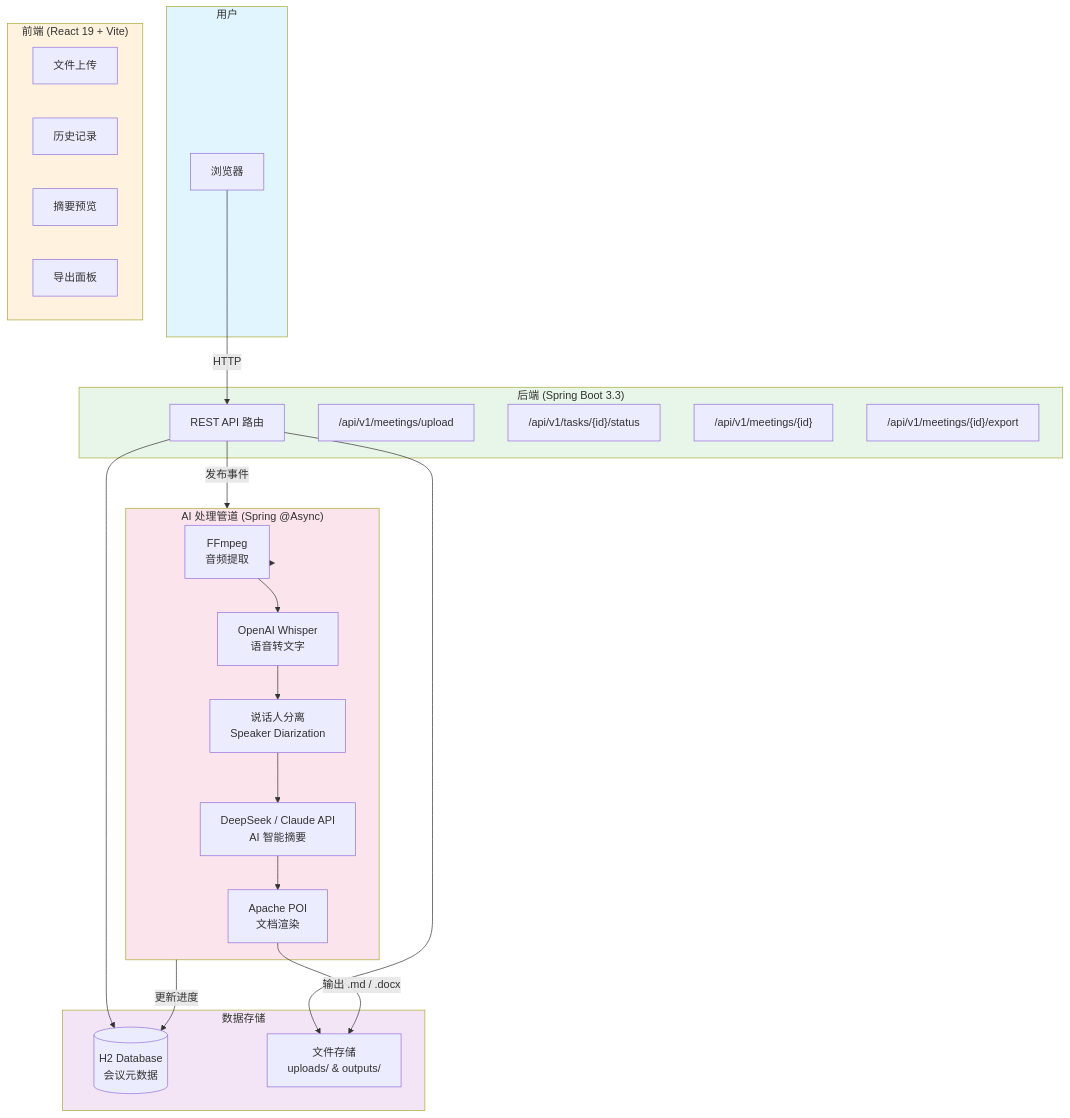
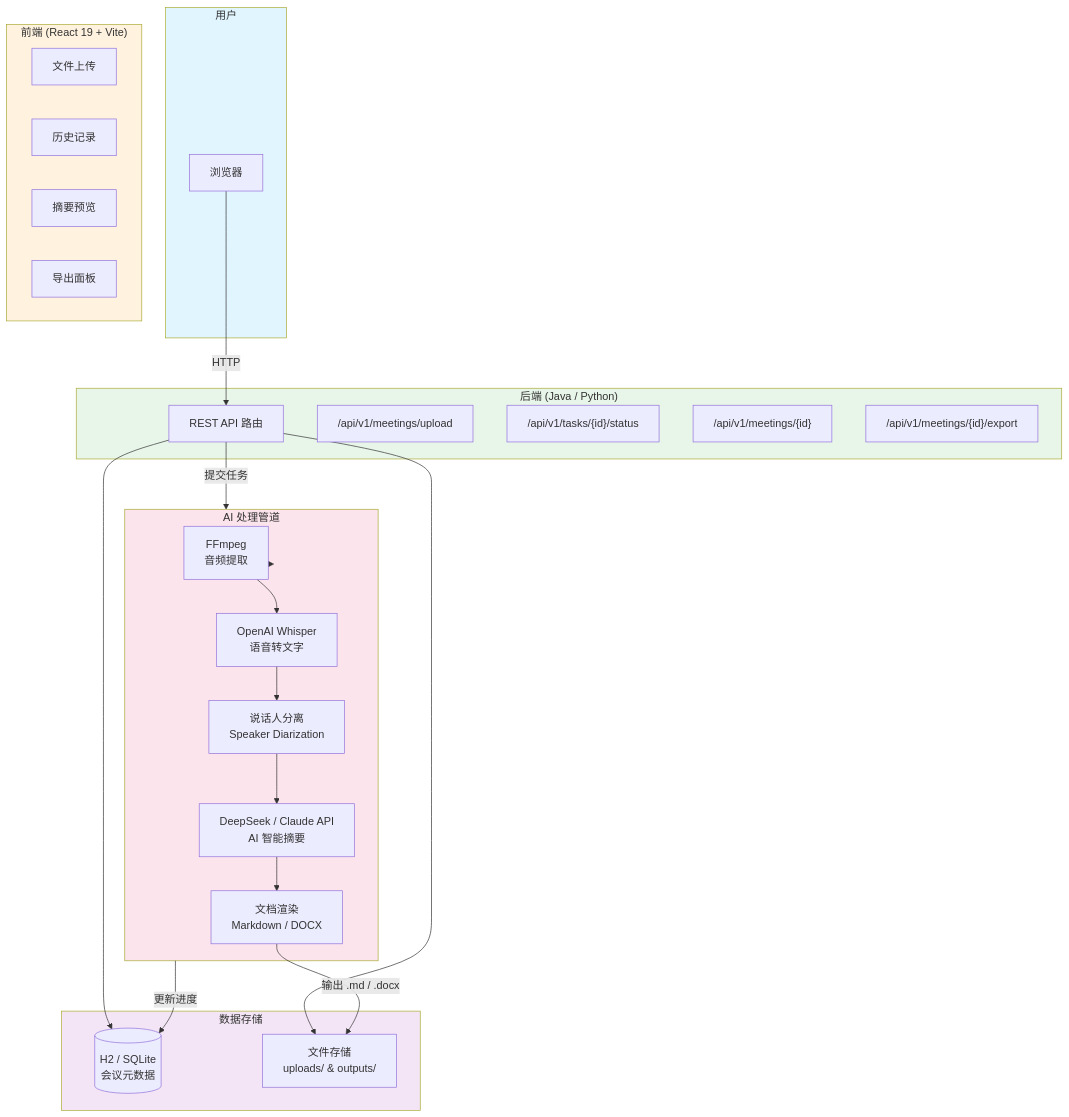
The diagram in README.md (zck-chain/meetingSum), drawn with Mermaid before and after one commit. The commit also changed other lines of this file, not shown here.

First line of the commit message:
Update README to present Java and Python backends as equal options

````diff
--- a/README.md
+++ b/README.md
@@ -53,52 +53,52 @@
 ```mermaid
 graph TB
     subgraph User["用户"]
         Browser["浏览器"]
     end
 
     subgraph Frontend["前端 (React 19 + Vite)"]
         Uploader["文件上传"]
         HistoryList["历史记录"]
         SummaryViewer["摘要预览"]
         ExportPanel["导出面板"]
     end
 
-    subgraph Backend["后端 (Spring Boot 3.3)"]
+    subgraph Backend["后端 (Java / Python)"]
         API["REST API 路由"]
         UploadAPI["/api/v1/meetings/upload"]
         TaskAPI["/api/v1/tasks/{id}/status"]
         SummaryAPI["/api/v1/meetings/{id}"]
         ExportAPI["/api/v1/meetings/{id}/export"]
     end
 
     subgraph Storage["数据存储"]
-        DB[("H2 Database<br/>会议元数据")]
+        DB[("H2 / SQLite<br/>会议元数据")]
         Files["文件存储<br/>uploads/ & outputs/"]
     end
 
-    subgraph Pipeline["AI 处理管道 (Spring @Async)"]
+    subgraph Pipeline["AI 处理管道"]
         FFmpeg["FFmpeg<br/>音频提取"]
         Whisper["OpenAI Whisper<br/>语音转文字"]
         Diarizer["说话人分离<br/>Speaker Diarization"]
         LLM["DeepSeek / Claude API<br/>AI 智能摘要"]
-        Export["Apache POI<br/>文档渲染"]
+        Export["文档渲染<br/>Markdown / DOCX"]
     end
 
     Browser -->|"HTTP"| API
     API --> DB
     API --> Files
-    API -->|"发布事件"| Pipeline
+    API -->|"提交任务"| Pipeline
     Pipeline --> FFmpeg
     FFmpeg --> Whisper
     Whisper --> Diarizer
     Diarizer --> LLM
     LLM --> Export
     Export -->|"输出 .md / .docx"| Files
     Pipeline -->|"更新进度"| DB
 
     style User fill:#e1f5fe
     style Frontend fill:#fff3e0
     style Backend fill:#e8f5e9
     style Storage fill:#f3e5f5
     style Pipeline fill:#fce4ec
 ```
````
